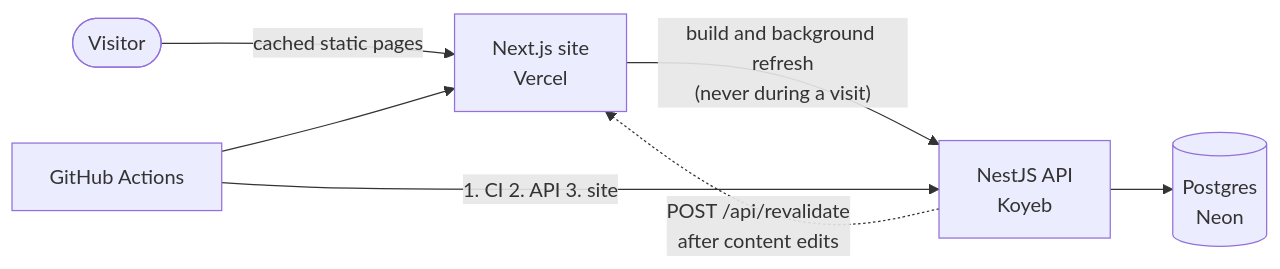
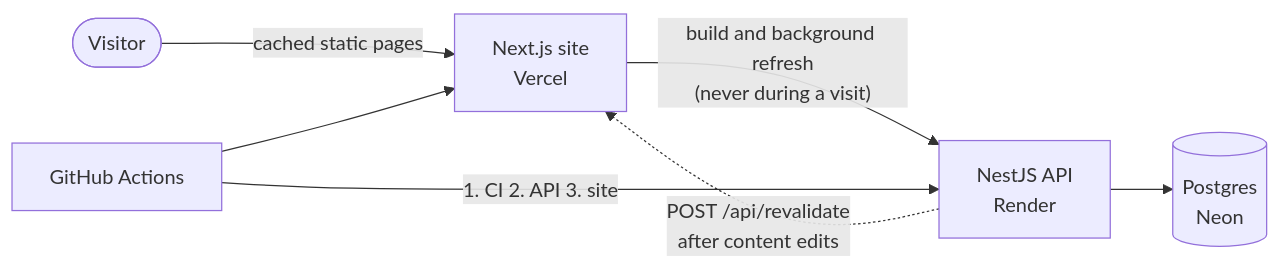
Before and after one commit to qvyra/quivery-portfolio: the diagram in README.md, drawn with Mermaid. The commit also changed other lines of this file and 4 other files, not shown here.

First line of the commit message:
ci: deploy the api to render instead of koyeb

````diff
--- a/README.md
+++ b/README.md
@@ -22,9 +22,9 @@
 ```mermaid
 flowchart LR
   visitor([Visitor]) -->|cached static pages| web["Next.js site<br/>Vercel"]
-  web -->|"build and background refresh<br/>(never during a visit)"| api["NestJS API<br/>Koyeb"]
+  web -->|"build and background refresh<br/>(never during a visit)"| api["NestJS API<br/>Render"]
   api --> db[("Postgres<br/>Neon")]
   api -. "POST /api/revalidate<br/>after content edits" .-> web
   ci["GitHub Actions"] -->|"1. CI  2. API  3. site"| api
   ci --> web
 ```
````
